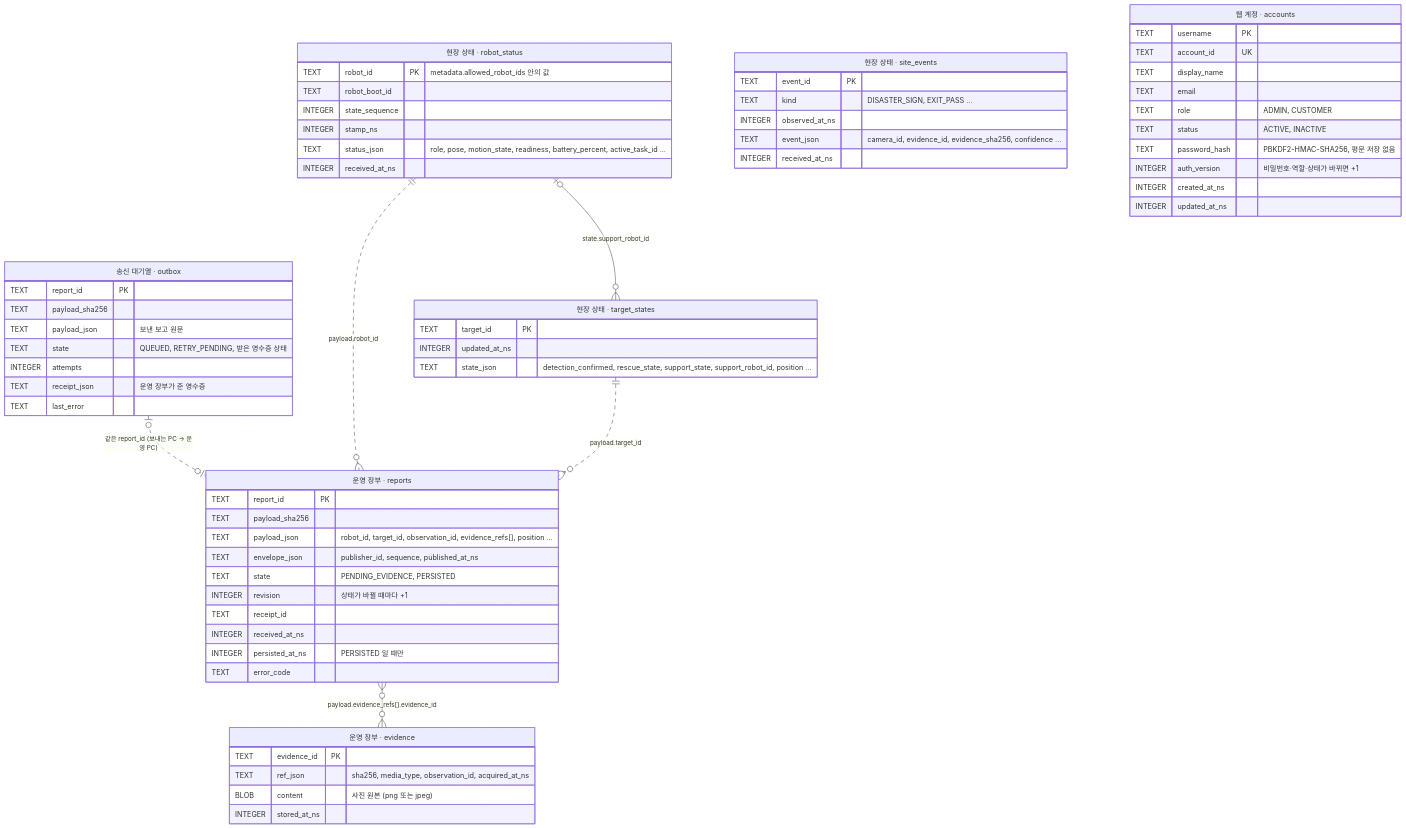
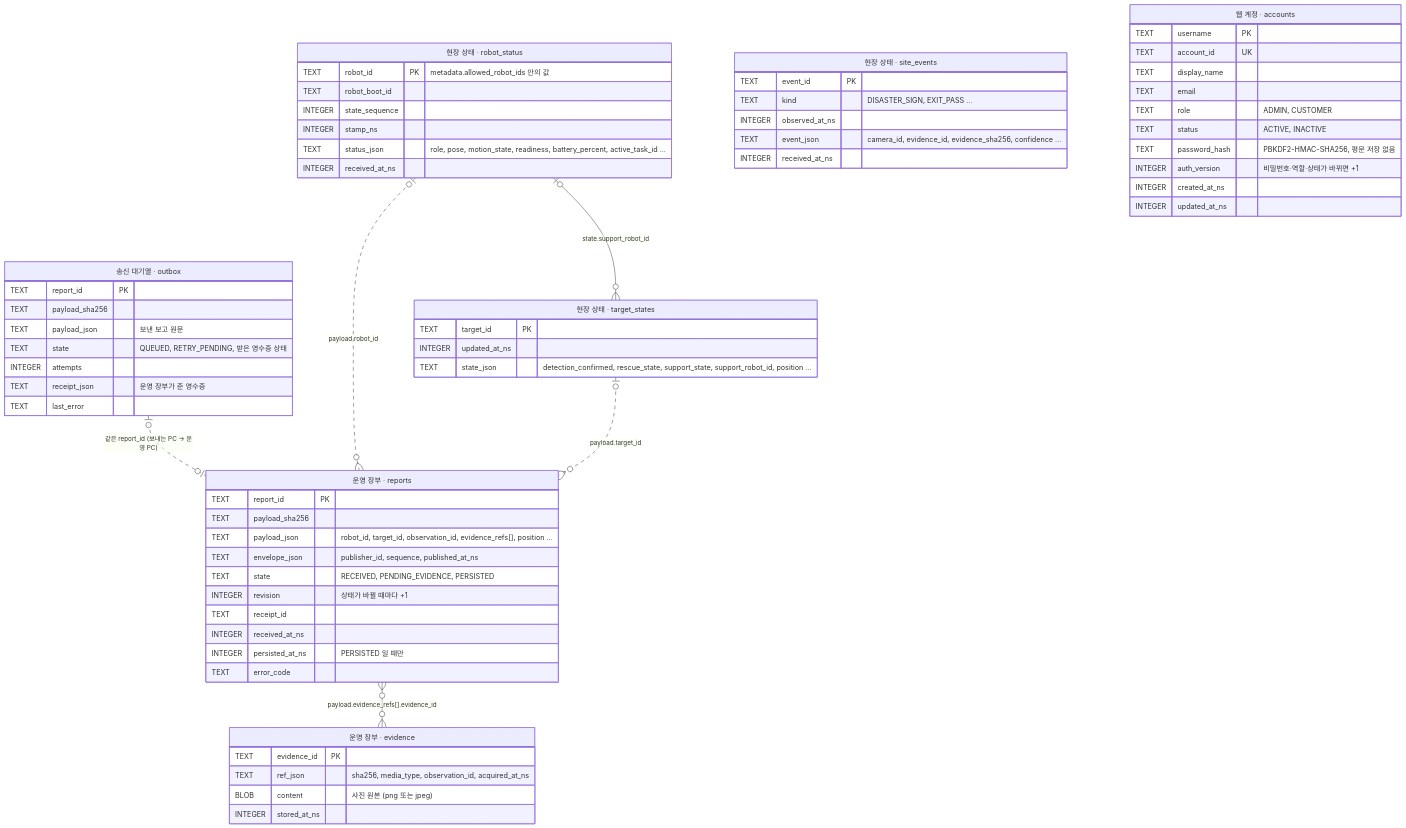
The second of 2 diagrams in docs/process/ops-db-tables.md (mi1nn/ROKEY-7-public), drawn with Mermaid before and after one commit. The commit also changed other lines of this file, not shown here.

Commit message:
docs: correct report lifecycle and optional state links in DB diagram

````diff
--- a/docs/process/ops-db-tables.md
+++ b/docs/process/ops-db-tables.md
@@ -51,68 +51,68 @@
 ```mermaid
 erDiagram
   outbox |o..o| reports : "같은 report_id (보내는 PC → 운영 PC)"
   reports }o--o{ evidence : "payload.evidence_refs[].evidence_id"
-  robot_status ||..o{ reports : "payload.robot_id"
-  target_states ||..o{ reports : "payload.target_id"
+  robot_status |o..o{ reports : "payload.robot_id"
+  target_states |o..o{ reports : "payload.target_id"
   robot_status |o--o{ target_states : "state.support_robot_id"
 
   outbox["송신 대기열 · outbox"] {
     TEXT report_id PK
     TEXT payload_sha256
     TEXT payload_json "보낸 보고 원문"
     TEXT state "QUEUED, RETRY_PENDING, 받은 영수증 상태"
     INTEGER attempts
     TEXT receipt_json "운영 장부가 준 영수증"
     TEXT last_error
   }
   reports["운영 장부 · reports"] {
     TEXT report_id PK
     TEXT payload_sha256
     TEXT payload_json "robot_id, target_id, observation_id, evidence_refs[], position ..."
     TEXT envelope_json "publisher_id, sequence, published_at_ns"
-    TEXT state "PENDING_EVIDENCE, PERSISTED"
+    TEXT state "RECEIVED, PENDING_EVIDENCE, PERSISTED"
     INTEGER revision "상태가 바뀔 때마다 +1"
     TEXT receipt_id
     INTEGER received_at_ns
     INTEGER persisted_at_ns "PERSISTED 일 때만"
     TEXT error_code
   }
   evidence["운영 장부 · evidence"] {
     TEXT evidence_id PK
     TEXT ref_json "sha256, media_type, observation_id, acquired_at_ns"
     BLOB content "사진 원본 (png 또는 jpeg)"
     INTEGER stored_at_ns
   }
   robot_status["현장 상태 · robot_status"] {
     TEXT robot_id PK "metadata.allowed_robot_ids 안의 값"
     TEXT robot_boot_id
     INTEGER state_sequence
     INTEGER stamp_ns
     TEXT status_json "role, pose, motion_state, readiness, battery_percent, active_task_id ..."
     INTEGER received_at_ns
   }
   site_events["현장 상태 · site_events"] {
     TEXT event_id PK
     TEXT kind "DISASTER_SIGN, EXIT_PASS ..."
     INTEGER observed_at_ns
     TEXT event_json "camera_id, evidence_id, evidence_sha256, confidence ..."
     INTEGER received_at_ns
   }
   target_states["현장 상태 · target_states"] {
     TEXT target_id PK
     INTEGER updated_at_ns
     TEXT state_json "detection_confirmed, rescue_state, support_state, support_robot_id, position ..."
   }
   accounts["웹 계정 · accounts"] {
     TEXT username PK
     TEXT account_id UK
     TEXT display_name
     TEXT email
     TEXT role "ADMIN, CUSTOMER"
     TEXT status "ACTIVE, INACTIVE"
     TEXT password_hash "PBKDF2-HMAC-SHA256, 평문 저장 없음"
     INTEGER auth_version "비밀번호·역할·상태가 바뀌면 +1"
     INTEGER created_at_ns
     INTEGER updated_at_ns
   }
 ```
````
